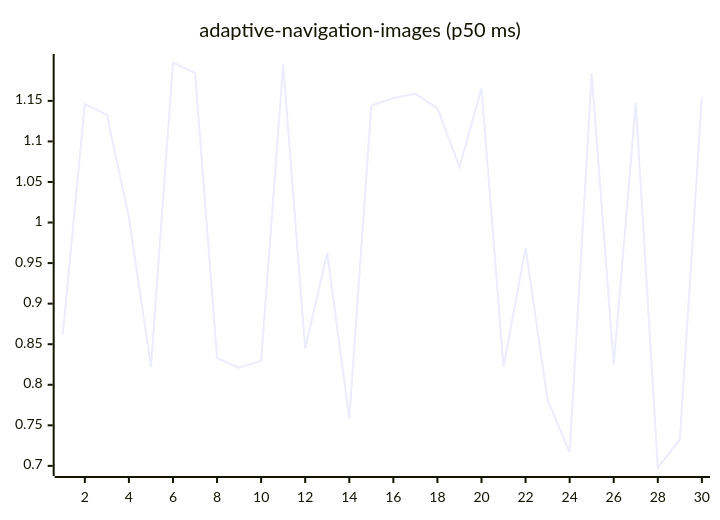
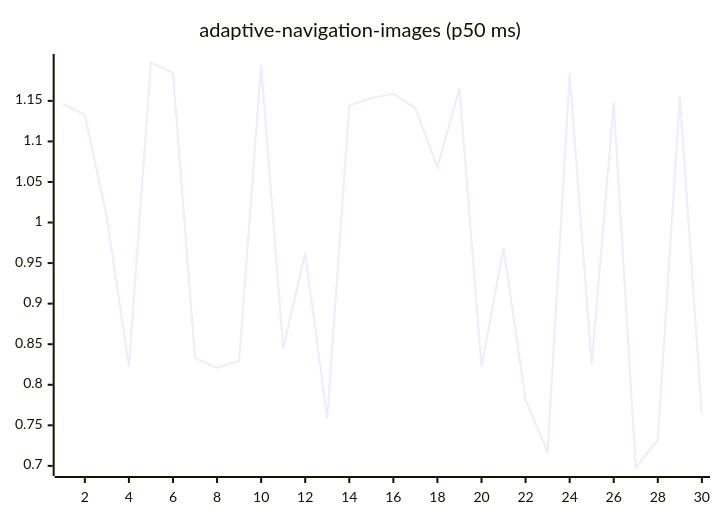
One commit to josha/Facet changed the first of 27 diagrams in README.md. Above: the diagram before and after it, drawn with Mermaid. The commit also changed other lines of this file and 2 other files, not shown here.

````diff
--- a/README.md
+++ b/README.md
@@ -63,6 +63,6 @@
 ```mermaid
 xychart-beta
     title "adaptive-navigation-images (p50 ms)"
     x-axis 1 --> 30
-    line [0.8622, 1.1462, 1.1328, 1.0062, 0.8224, 1.1973, 1.1845, 0.8328, 0.8211, 0.8295, 1.1947, 0.8446, 0.9624, 0.7583, 1.1441, 1.1535, 1.1586, 1.1410, 1.0683, 1.1655, 0.8222, 0.9687, 0.7812, 0.7168, 1.1836, 0.8250, 1.1478, 0.6980, 0.7325, 1.1549]
+    line [1.1462, 1.1328, 1.0062, 0.8224, 1.1973, 1.1845, 0.8328, 0.8211, 0.8295, 1.1947, 0.8446, 0.9624, 0.7583, 1.1441, 1.1535, 1.1586, 1.1410, 1.0683, 1.1655, 0.8222, 0.9687, 0.7812, 0.7168, 1.1836, 0.8250, 1.1478, 0.6980, 0.7325, 1.1549, 0.7635]
 ```
````
